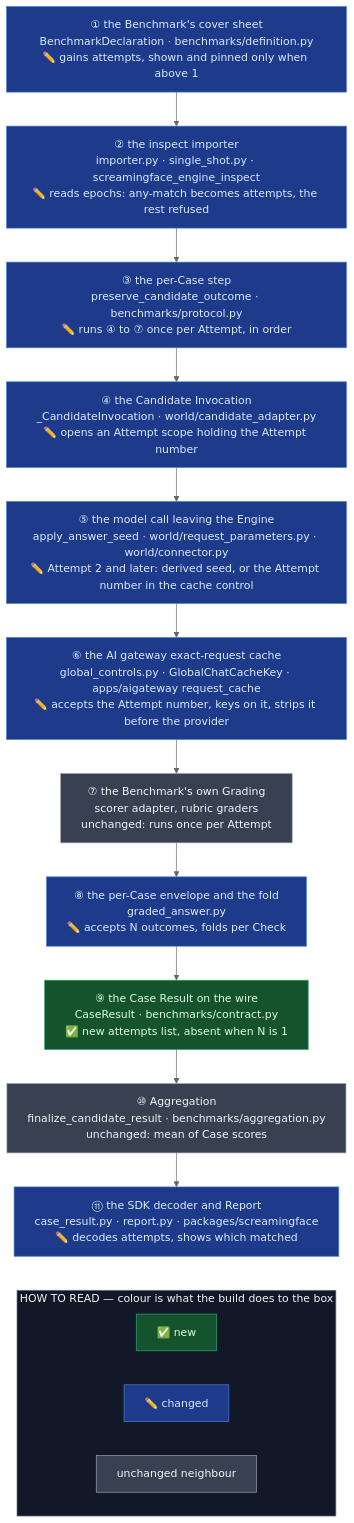
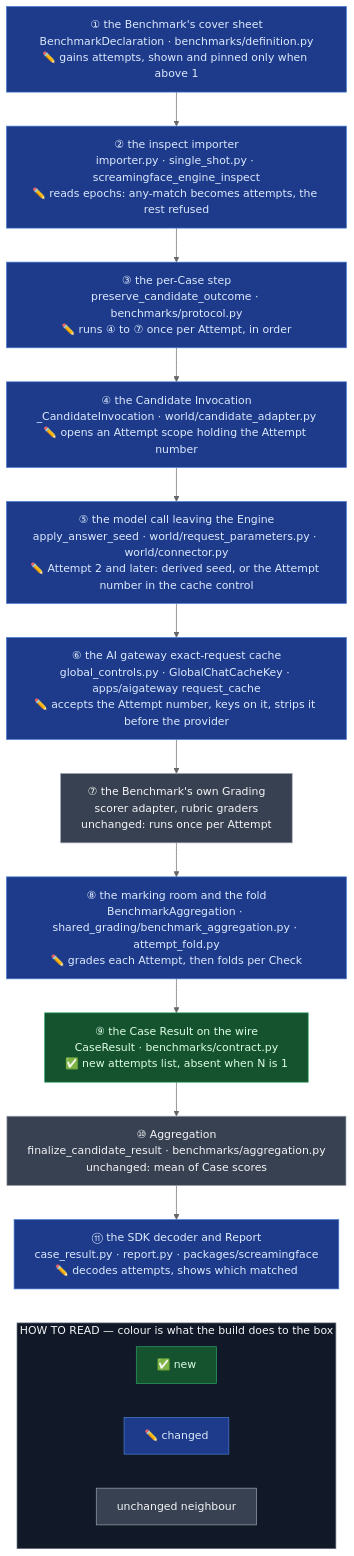
The third of 3 diagrams in docs/spec/2026-10-07-OME-1458-attempts-per-case.md (ScreamingFace/screamingface), drawn with Mermaid (neutral theme) before and after one commit. The commit also changed other lines of this file and 3 other files, not shown here.

````diff
--- a/docs/spec/2026-10-07-OME-1458-attempts-per-case.md
+++ b/docs/spec/2026-10-07-OME-1458-attempts-per-case.md
@@ -311,30 +318,30 @@
 ```mermaid
 %%{init: {"flowchart": {"wrappingWidth": 440}}}%%
 flowchart TB
   n1["① the Benchmark's cover sheet<br/>BenchmarkDeclaration · benchmarks/definition.py<br/>✏️ gains attempts, shown and pinned only when above 1"]
   n2["② the inspect importer<br/>importer.py · single_shot.py · screamingface_engine_inspect<br/>✏️ reads epochs: any-match becomes attempts, the rest refused"]
   n3["③ the per-Case step<br/>preserve_candidate_outcome · benchmarks/protocol.py<br/>✏️ runs ④ to ⑦ once per Attempt, in order"]
   n4["④ the Candidate Invocation<br/>_CandidateInvocation · world/candidate_adapter.py<br/>✏️ opens an Attempt scope holding the Attempt number"]
   n5["⑤ the model call leaving the Engine<br/>apply_answer_seed · world/request_parameters.py · world/connector.py<br/>✏️ Attempt 2 and later: derived seed, or the Attempt number in the cache control"]
   n6["⑥ the AI gateway exact-request cache<br/>global_controls.py · GlobalChatCacheKey · apps/aigateway request_cache<br/>✏️ accepts the Attempt number, keys on it, strips it before the provider"]
   n7["⑦ the Benchmark's own Grading<br/>scorer adapter, rubric graders<br/>unchanged: runs once per Attempt"]
-  n8["⑧ the per-Case envelope and the fold<br/>graded_answer.py<br/>✏️ accepts N outcomes, folds per Check"]
+  n8["⑧ the marking room and the fold<br/>BenchmarkAggregation · shared_grading/benchmark_aggregation.py · attempt_fold.py<br/>✏️ grades each Attempt, then folds per Check"]
   n9["⑨ the Case Result on the wire<br/>CaseResult · benchmarks/contract.py<br/>✅ new attempts list, absent when N is 1"]
   n10["⑩ Aggregation<br/>finalize_candidate_result · benchmarks/aggregation.py<br/>unchanged: mean of Case scores"]
   n11["⑪ the SDK decoder and Report<br/>case_result.py · report.py · packages/screamingface<br/>✏️ decodes attempts, shows which matched"]
   n1 --> n2 --> n3 --> n4 --> n5 --> n6 --> n7 --> n8 --> n9 --> n10 --> n11
   subgraph KEY["HOW TO READ — colour is what the build does to the box"]
     direction LR
     k1["✅ new"]
     k2["✏️ changed"]
     k3["unchanged neighbour"]
   end
   n11 ~~~ KEY
   classDef good  fill:#14532d,stroke:#30a46c,color:#dcfce7
   classDef stage fill:#1e3a8a,stroke:#4a7fd4,color:#dbeafe
   classDef plain fill:#374151,stroke:#9ca3af,color:#f3f4f6
   class n9,k1 good
   class n1,n2,n3,n4,n5,n6,n8,n11,k2 stage
   class n7,n10,k3 plain
   style KEY fill:#111827,stroke:#6b7280,color:#f3f4f6
 ```
````
